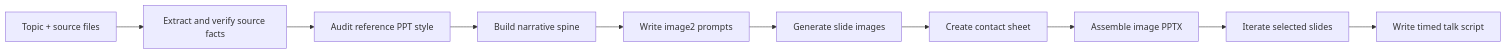
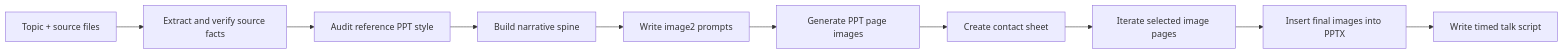
One commit to uuoov/ppt-image-share-builder changed the diagram in README.md. Above: the diagram before and after it, drawn with Mermaid. The commit also changed other lines of this file and 23 other files, not shown here.

````diff
--- a/README.md
+++ b/README.md
@@ -47,12 +48,12 @@
 ```mermaid
 flowchart LR
   A["Topic + source files"] --> B["Extract and verify source facts"]
   B --> C["Audit reference PPT style"]
   C --> D["Build narrative spine"]
   D --> E["Write image2 prompts"]
-  E --> F["Generate slide images"]
+  E --> F["Generate PPT page images"]
   F --> G["Create contact sheet"]
-  G --> H["Assemble image PPTX"]
-  H --> I["Iterate selected slides"]
+  G --> H["Iterate selected image pages"]
+  H --> I["Insert final images into PPTX"]
   I --> J["Write timed talk script"]
 ```
````
